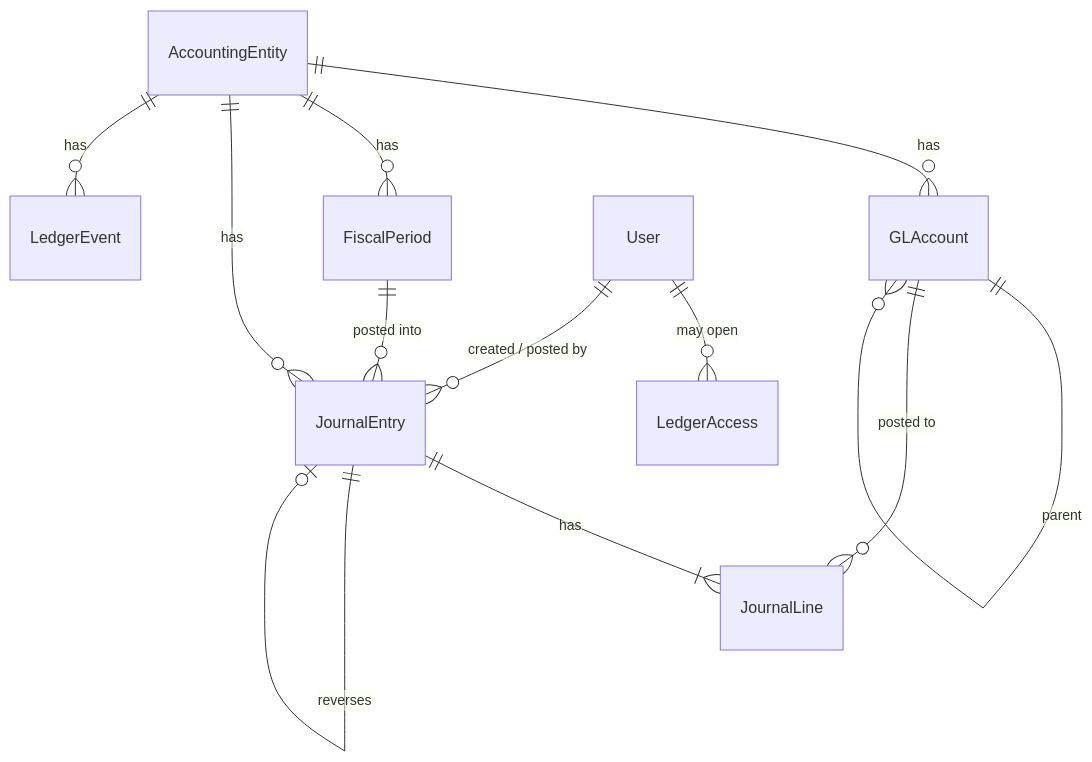
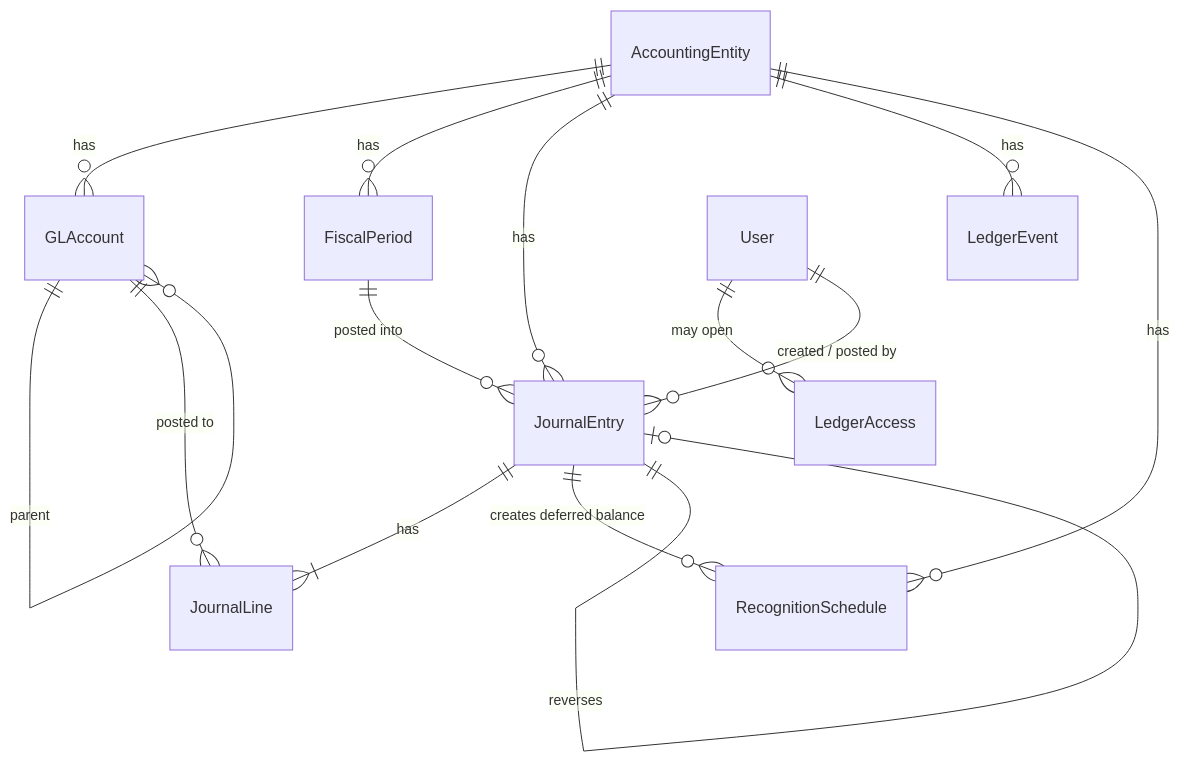
Before and after one commit to NegosyoOnline/negosyoonline-backend: the diagram in docs/superpowers/specs/2026-11-11-fas-03-ledger-data-model-and-access.md, drawn with Mermaid. The commit also changed other lines of this file, not shown here.

````diff
--- a/docs/superpowers/specs/2026-11-11-fas-03-ledger-data-model-and-access.md
+++ b/docs/superpowers/specs/2026-11-11-fas-03-ledger-data-model-and-access.md
@@ -44,14 +45,16 @@
 ```mermaid
 erDiagram
     AccountingEntity ||--o{ GLAccount : has
     AccountingEntity ||--o{ FiscalPeriod : has
     AccountingEntity ||--o{ JournalEntry : has
     AccountingEntity ||--o{ LedgerEvent : has
     GLAccount ||--o{ GLAccount : "parent"
     FiscalPeriod ||--o{ JournalEntry : "posted into"
     JournalEntry ||--|{ JournalLine : has
+    JournalEntry ||--o{ RecognitionSchedule : "creates deferred balance"
+    AccountingEntity ||--o{ RecognitionSchedule : has
     GLAccount ||--o{ JournalLine : "posted to"
     JournalEntry ||--o| JournalEntry : "reverses"
     User ||--o{ LedgerAccess : "may open"
     User ||--o{ JournalEntry : "created / posted by"
 ```
````
